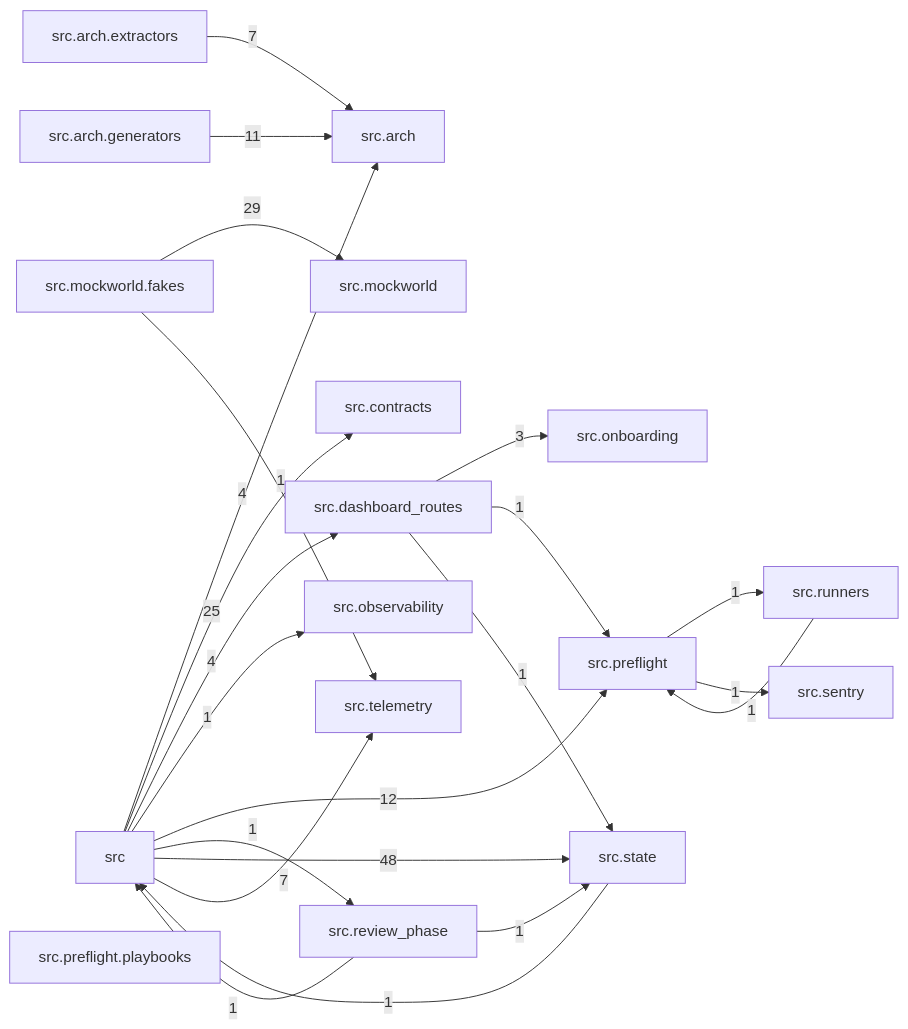
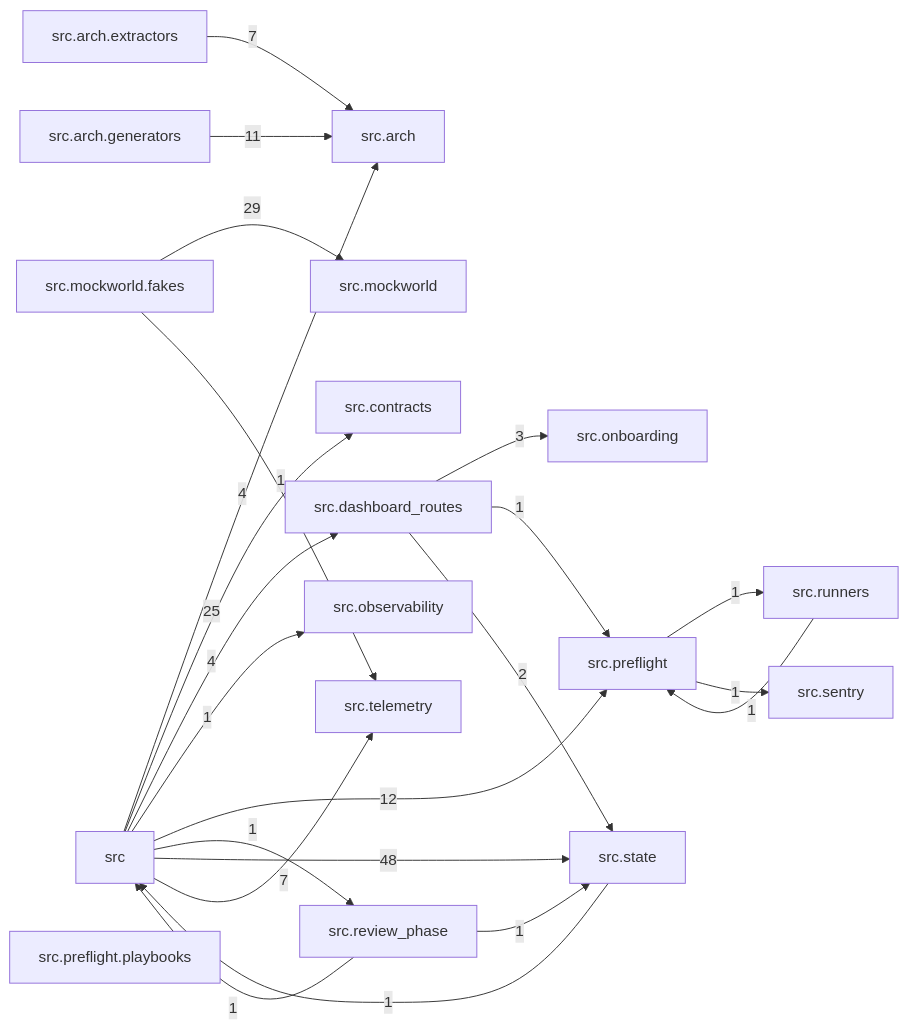
One commit to T-rav/hydraflow changed the diagram in docs/arch/generated/modules.md. Above: the diagram before and after it, drawn with Mermaid. The commit also changed 12 other files, not shown here.

````diff
--- a/docs/arch/generated/modules.md
+++ b/docs/arch/generated/modules.md
@@ -7,41 +7,41 @@
 ```mermaid
 graph LR
     src["src"]
     src_arch["src.arch"]
     src_arch_extractors["src.arch.extractors"]
     src_arch_generators["src.arch.generators"]
     src_contracts["src.contracts"]
     src_dashboard_routes["src.dashboard_routes"]
     src_mockworld["src.mockworld"]
     src_mockworld_fakes["src.mockworld.fakes"]
     src_observability["src.observability"]
     src_onboarding["src.onboarding"]
     src_preflight["src.preflight"]
     src_preflight_playbooks["src.preflight.playbooks"]
     src_review_phase["src.review_phase"]
     src_runners["src.runners"]
     src_sentry["src.sentry"]
     src_state["src.state"]
     src_telemetry["src.telemetry"]
     src -- "4" --> src_arch
     src -- "25" --> src_contracts
     src -- "4" --> src_dashboard_routes
     src -- "1" --> src_observability
     src -- "12" --> src_preflight
     src -- "1" --> src_review_phase
     src -- "48" --> src_state
     src -- "7" --> src_telemetry
     src_arch_extractors -- "7" --> src_arch
     src_arch_generators -- "11" --> src_arch
     src_dashboard_routes -- "3" --> src_onboarding
     src_dashboard_routes -- "1" --> src_preflight
-    src_dashboard_routes -- "1" --> src_state
+    src_dashboard_routes -- "2" --> src_state
     src_mockworld_fakes -- "29" --> src_mockworld
     src_mockworld_fakes -- "1" --> src_telemetry
     src_preflight -- "1" --> src_runners
     src_preflight -- "1" --> src_sentry
     src_review_phase -- "1" --> src
     src_review_phase -- "1" --> src_state
     src_runners -- "1" --> src_preflight
     src_state -- "1" --> src
 ```
````
